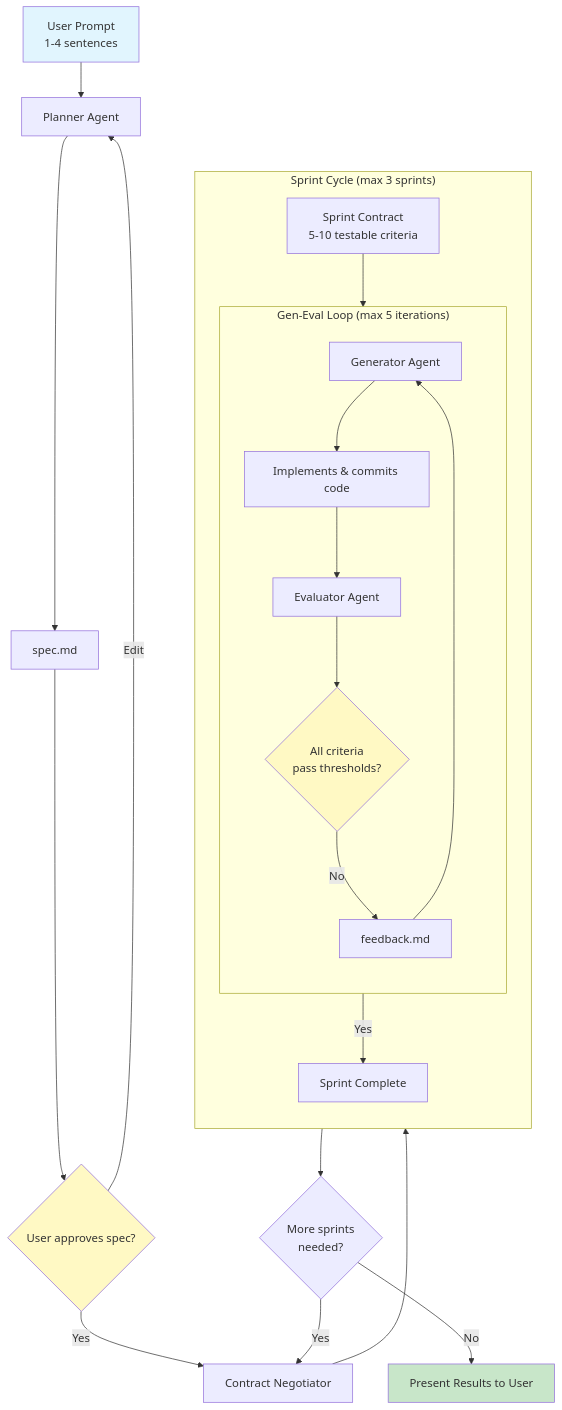
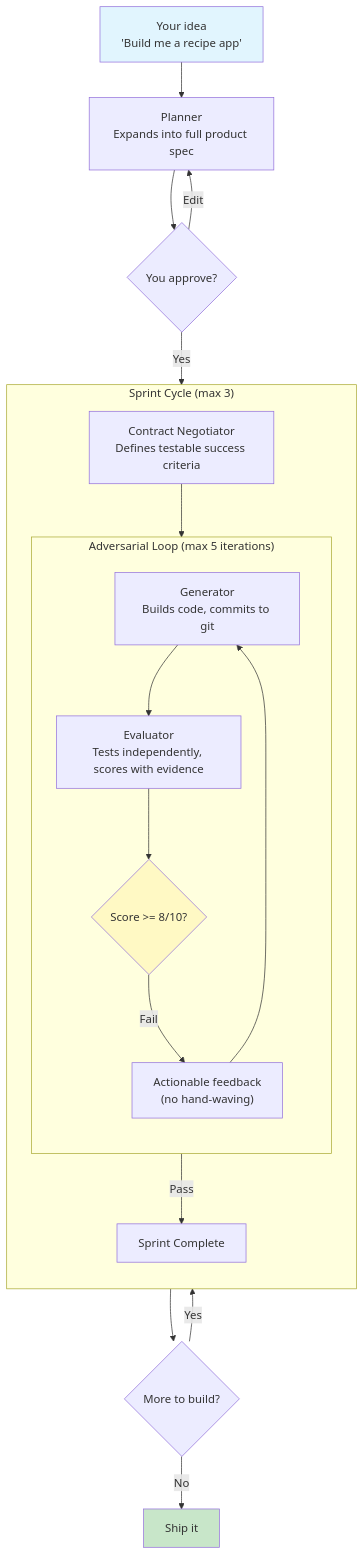
Before and after one commit to vamgan/claude-harness-builder: the first of 2 diagrams in README.md, drawn with Mermaid. The commit also changed other lines of this file, not shown here.

````diff
--- a/README.md
+++ b/README.md
@@ -16,34 +50,30 @@
 ```mermaid
 flowchart TD
-    A[User Prompt<br/>1-4 sentences] --> B[Planner Agent]
-    B --> C[spec.md]
-    C --> D{User approves spec?}
-    D -->|Yes| E[Contract Negotiator]
-    D -->|Edit| B
-    E --> F[Sprint Contract<br/>5-10 testable criteria]
+    A["Your idea\n'Build me a recipe app'"] --> B["Planner\nExpands into full product spec"]
+    B --> C{You approve?}
+    C -->|Yes| D["Contract Negotiator\nDefines testable success criteria"]
+    C -->|Edit| B
 
-    subgraph Sprint["Sprint Cycle (max 3 sprints)"]
+    subgraph Sprint["Sprint Cycle (max 3)"]
         direction TB
-        F --> G[Generator Agent]
+        D --> E["Generator\nBuilds code, commits to git"]
 
-        subgraph Loop["Gen-Eval Loop (max 5 iterations)"]
+        subgraph Loop["Adversarial Loop (max 5 iterations)"]
             direction TB
-            G --> H[Implements & commits code]
-            H --> I[Evaluator Agent]
-            I --> J{All criteria<br/>pass thresholds?}
-            J -->|No| K[feedback.md]
-            K --> G
+            E --> F["Evaluator\nTests independently, scores with evidence"]
+            F --> G{Score >= 8/10?}
+            G -->|Fail| H["Actionable feedback\n(no hand-waving)"]
+            H --> E
         end
 
-        J -->|Yes| L[Sprint Complete]
+        G -->|Pass| I[Sprint Complete]
     end
 
-    L --> M{More sprints<br/>needed?}
-    M -->|Yes| E
-    M -->|No| N[Present Results to User]
+    I --> J{More to build?}
+    J -->|Yes| D
+    J -->|No| K["Ship it"]
 
     style A fill:#e1f5fe
-    style N fill:#c8e6c9
-    style D fill:#fff9c4
-    style J fill:#fff9c4
+    style K fill:#c8e6c9
+    style G fill:#fff9c4
 ```
````
